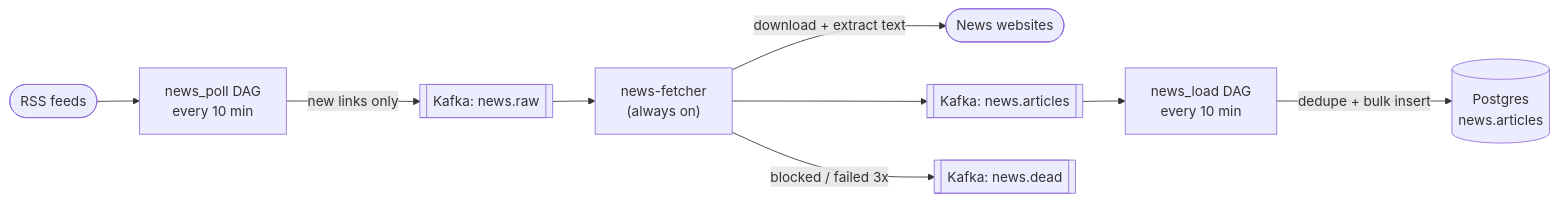
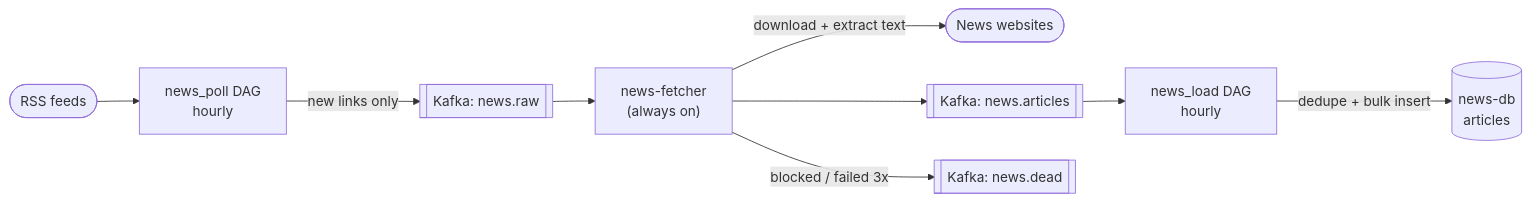
One commit to shsaurav13/airflow-docker changed the third of 3 diagrams in README.md. Above: the diagram before and after it, drawn with Mermaid. The commit also changed other lines of this file and 7 other files, not shown here.

Commit message:
News pipeline: own database, hourly schedule, source registry, poison-message and bounded-load fixes

````diff
--- a/README.md
+++ b/README.md
@@ -169,11 +170,11 @@
 ```mermaid
 flowchart LR
-    feeds([RSS feeds]) --> poll["news_poll DAG<br/>every 10 min"]
+    feeds([RSS feeds]) --> poll["news_poll DAG<br/>hourly"]
     poll -->|new links only| raw[["Kafka: news.raw"]]
     raw --> fetcher["news-fetcher<br/>(always on)"]
     fetcher -->|download + extract text| sites([News websites])
     fetcher --> articles[["Kafka: news.articles"]]
     fetcher -->|blocked / failed 3x| dead[["Kafka: news.dead"]]
-    articles --> load["news_load DAG<br/>every 10 min"]
-    load -->|dedupe + bulk insert| pg[("Postgres<br/>news.articles")]
+    articles --> load["news_load DAG<br/>hourly"]
+    load -->|dedupe + bulk insert| pg[("news-db<br/>articles")]
 ```
````
